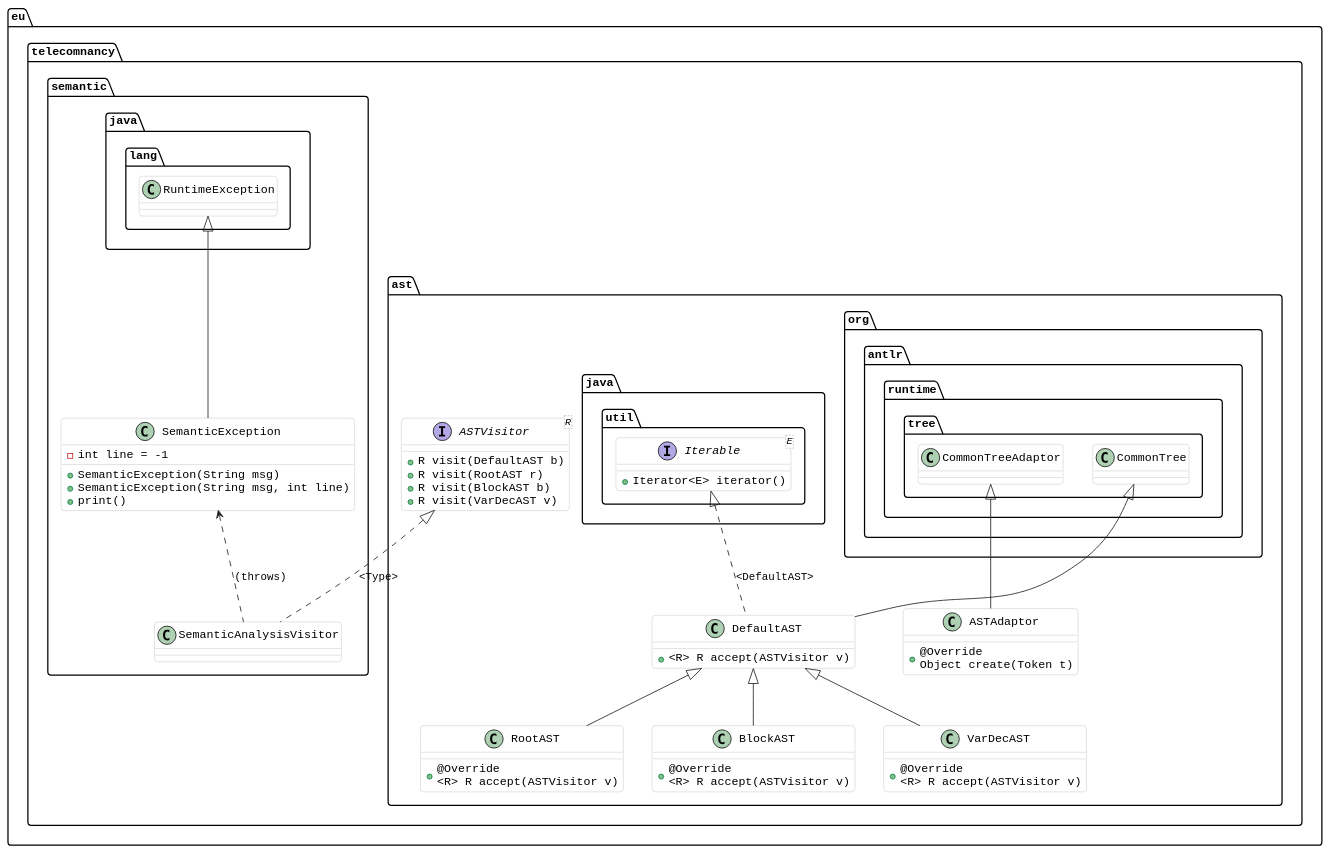
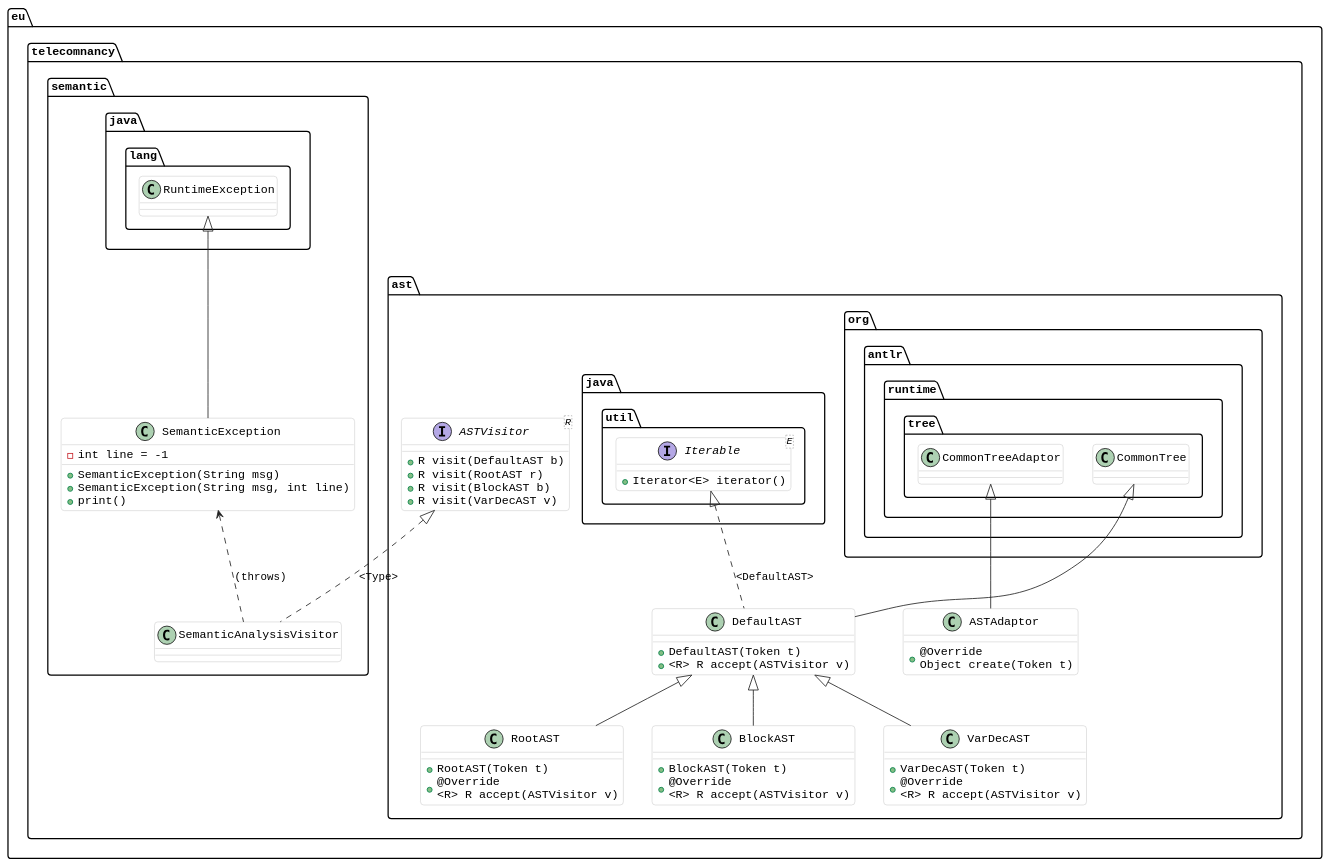
The diagram in doc/diagrams/ast_visitor.puml (lobertrand/algol60-compiler), drawn with PlantUML before and after one commit. The commit also changed 9 other files, not shown here.

```diff
--- a/doc/diagrams/ast_visitor.puml
+++ b/doc/diagrams/ast_visitor.puml
@@ -1,63 +1,67 @@
 @startuml ast_visitor
 
 skinparam Shadowing false
 skinparam ArrowColor #222
 skinparam ClassBorderColor #bbb
 skinparam ClassBackgroundColor white
 skinparam DefaultFontName Liberation Mono
 skinparam RoundCorner 8
 
 package eu.telecomnancy.ast {
 
 class ASTAdaptor {
     + @Override\nObject create(Token t)
 }
 org.antlr.runtime.tree.CommonTreeAdaptor <|-- ASTAdaptor
 org.antlr.runtime.tree.CommonTreeAdaptor .[hidden]right. org.antlr.runtime.tree.CommonTree
 class DefaultAST {
+    + DefaultAST(Token t)
     + <R> R accept(ASTVisitor v)
 }
 DefaultAST <|-- RootAST
 DefaultAST <|-- BlockAST
 DefaultAST <|-- VarDecAST
 DefaultAST -up-|> org.antlr.runtime.tree.CommonTree
 DefaultAST .up.|> java.util.Iterable: <DefaultAST>
 
 interface java.util.Iterable<E> {
     + Iterator<E> iterator()
 }
 
 class RootAST {
+    + RootAST(Token t)
     + @Override\n<R> R accept(ASTVisitor v)
 }
 class BlockAST {
+    + BlockAST(Token t)
     + @Override\n<R> R accept(ASTVisitor v)
 }
 class VarDecAST {
+    + VarDecAST(Token t)
     + @Override\n<R> R accept(ASTVisitor v)
 }
 
 interface ASTVisitor<R> {
     + R visit(DefaultAST b)
     + R visit(RootAST r)
     + R visit(BlockAST b)
     + R visit(VarDecAST v)
 }
 ASTVisitor <|.down. eu.telecomnancy.semantic.SemanticAnalysisVisitor: <Type>
 
 }
 ' package end
 
 package eu.telecomnancy.semantic {
     class SemanticException {
         - int line = -1
         + SemanticException(String msg)
         + SemanticException(String msg, int line)
         + print()
     }
     java.lang.RuntimeException <|-- SemanticException
     SemanticAnalysisVisitor .up.> SemanticException: (throws)
 }
 ' package end
 
 @enduml
```
